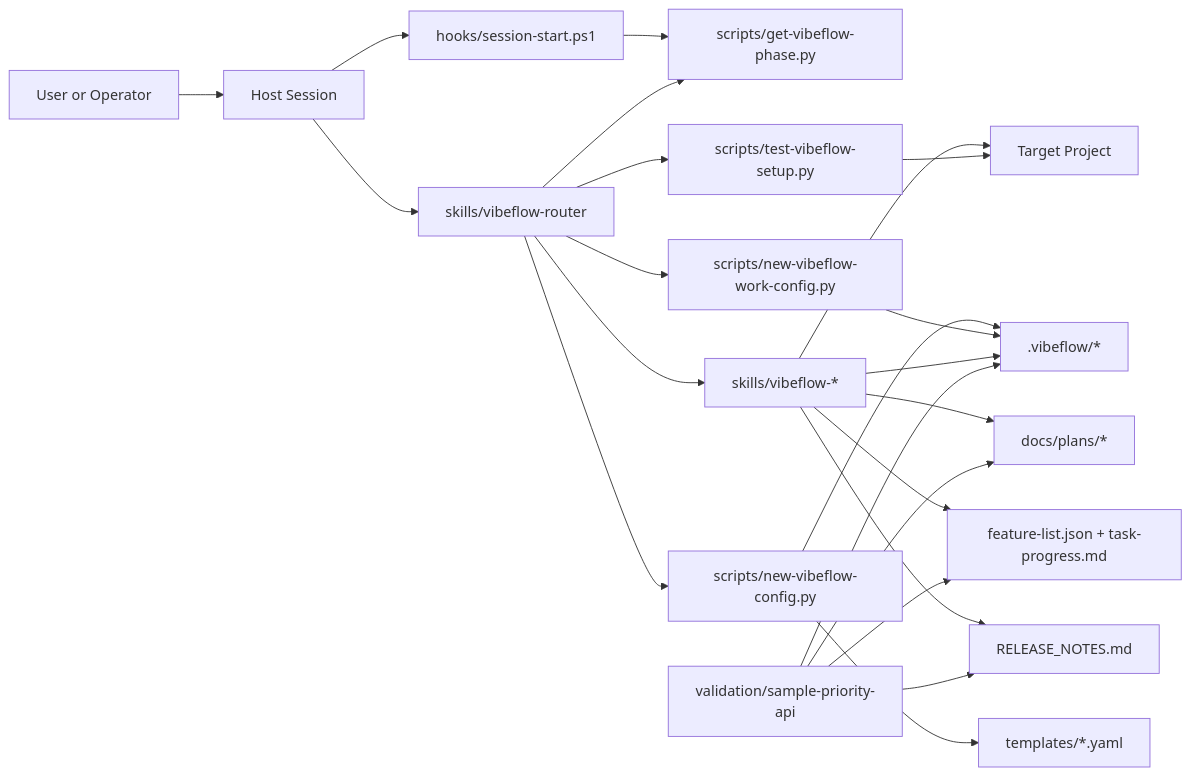
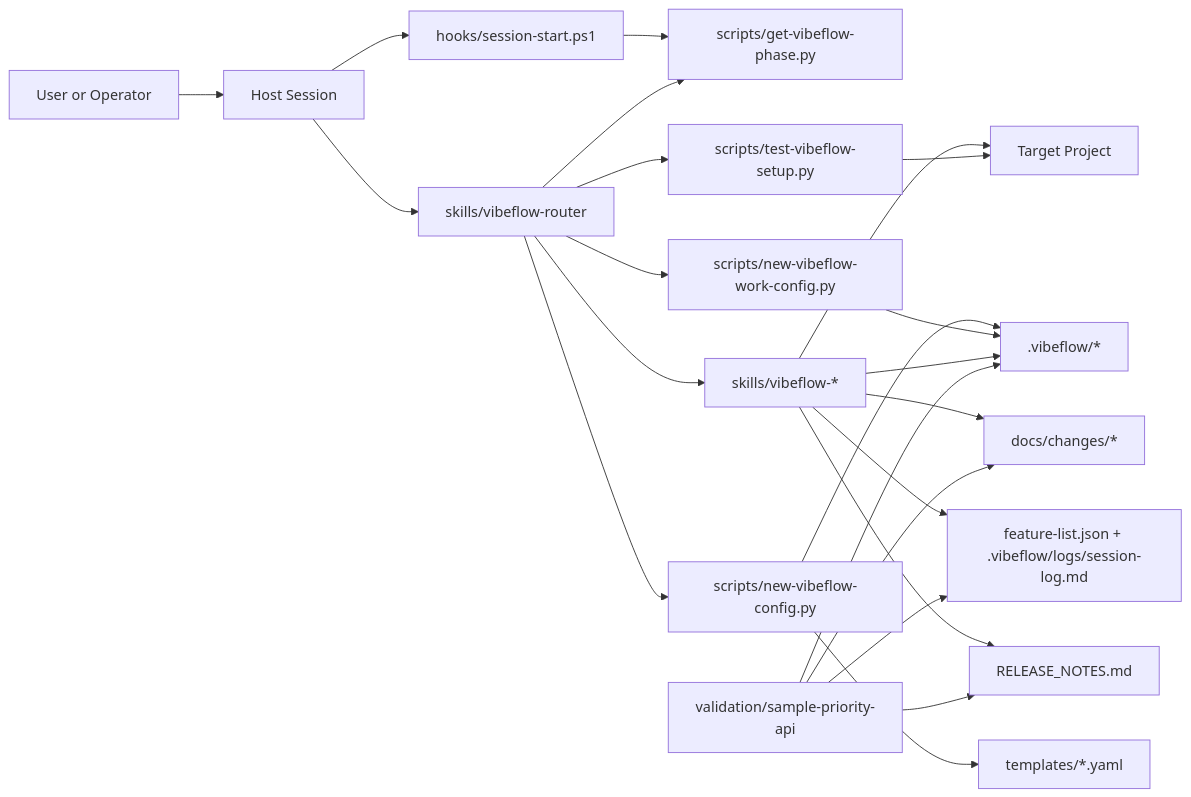
One commit to ttttstc/vibeflow changed the second of 3 diagrams in ARCHITECTURE.md. Above: the diagram before and after it, drawn with Mermaid. The commit also changed other lines of this file and 45 other files, not shown here.

````diff
--- a/ARCHITECTURE.md
+++ b/ARCHITECTURE.md
@@ -108,42 +108,42 @@
 ```mermaid
 graph LR
     U[User or Operator]
     Host[Host Session]
     Hook[hooks/session-start.ps1]
     Router[skills/vibeflow-router]
     PhasePy[scripts/get-vibeflow-phase.py]
     TemplatePy[scripts/new-vibeflow-config.py]
     WorkConfigPy[scripts/new-vibeflow-work-config.py]
     CheckPy[scripts/test-vibeflow-setup.py]
     Templates[templates/*.yaml]
     Skills[skills/vibeflow-*]
     Target[Target Project]
     State[.vibeflow/*]
-    Plans[docs/plans/*]
-    BuildFiles[feature-list.json + task-progress.md]
+    Plans[docs/changes/*]
+    BuildFiles[feature-list.json + .vibeflow/logs/session-log.md]
     Release[RELEASE_NOTES.md]
     Validation[validation/sample-priority-api]
 
     U --> Host
     Host --> Hook
     Host --> Router
     Hook --> PhasePy
     Router --> PhasePy
     Router --> Skills
     Router --> TemplatePy
     Router --> WorkConfigPy
     Router --> CheckPy
     TemplatePy --> Templates
     TemplatePy --> State
     WorkConfigPy --> State
     Skills --> Target
     Skills --> State
     Skills --> Plans
     Skills --> BuildFiles
     Skills --> Release
     CheckPy --> Target
     Validation --> State
     Validation --> Plans
     Validation --> BuildFiles
     Validation --> Release
 ```
````
